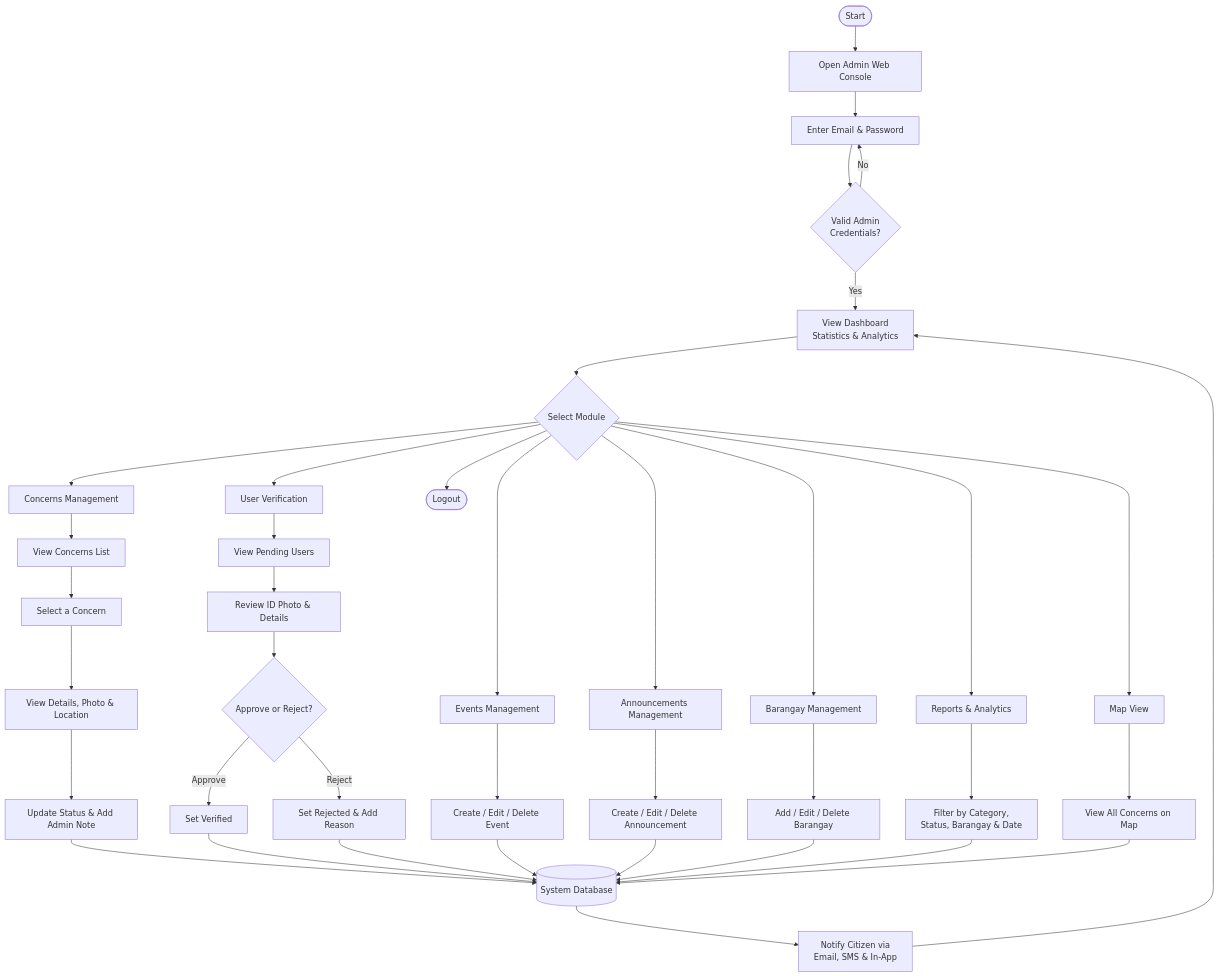
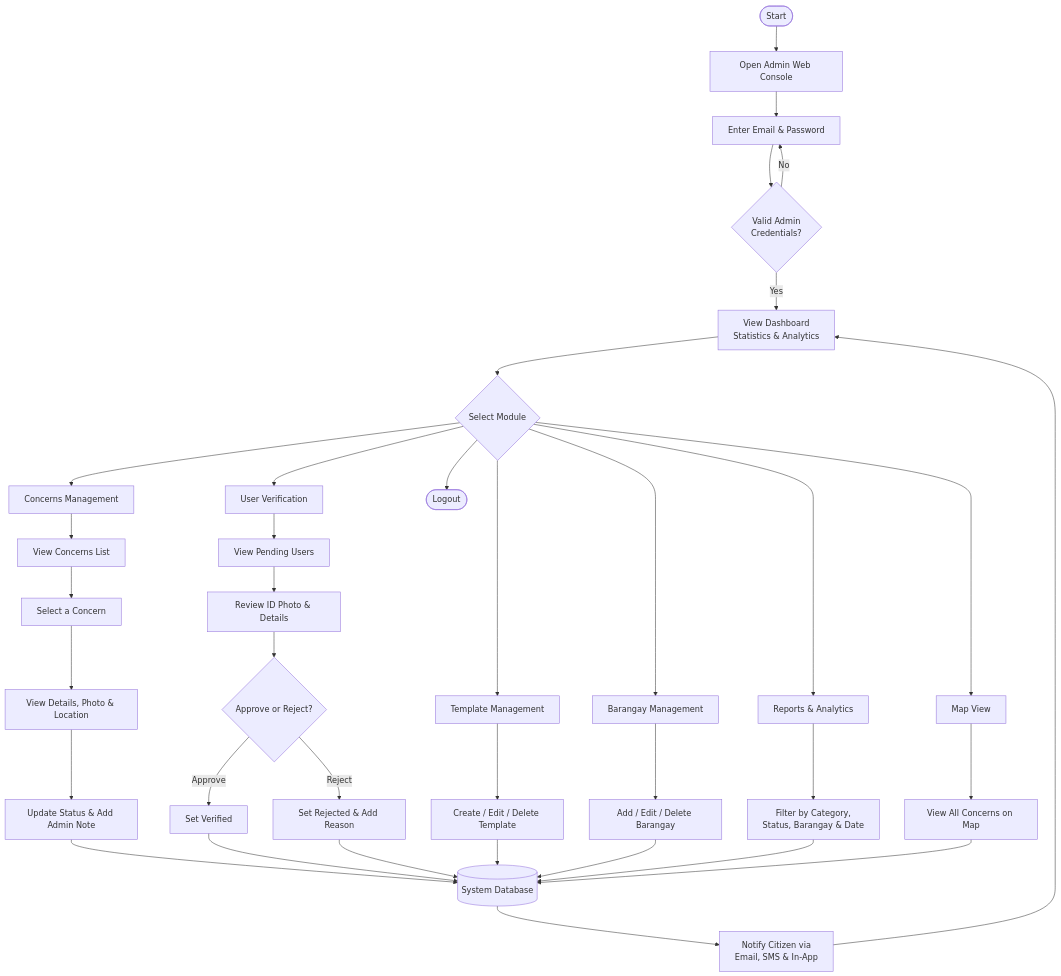
One commit to palingubaerwin029-ai/citivoice changed the ninth of 10 diagrams in diagrams.md. Above: the diagram before and after it, drawn with Mermaid. The commit also changed other lines of this file and 10 other files, not shown here.

Commit message:
feat: implement concern templates management and fix UI visibility issues in Light Mode

````diff
--- a/diagrams.md
+++ b/diagrams.md
@@ -381,50 +400,46 @@
 ```mermaid
 flowchart TD
     Start([Start]) --> OpenWeb[Open Admin Web Console]
     OpenWeb --> Login[Enter Email & Password]
     Login --> Auth{Valid Admin<br/>Credentials?}
     Auth -- No --> Login
     Auth -- Yes --> Dashboard[View Dashboard<br/>Statistics & Analytics]
 
     Dashboard --> Menu{Select Module}
 
     Menu --> Concerns[Concerns Management]
     Menu --> Verify[User Verification]
-    Menu --> Events[Events Management]
-    Menu --> Announce[Announcements Management]
+    Menu --> Templates[Template Management]
     Menu --> Barangays[Barangay Management]
     Menu --> Reports[Reports & Analytics]
     Menu --> MapView[Map View]
     Menu --> Logout([Logout])
 
     Concerns --> ViewList[View Concerns List]
     ViewList --> SelectConcern[Select a Concern]
     SelectConcern --> ViewDetail[View Details, Photo & Location]
     ViewDetail --> UpdateStatus[Update Status & Add Admin Note]
     UpdateStatus --> DB[(System Database)]
     DB --> NotifyCitizen[Notify Citizen via<br/>Email, SMS & In-App]
     NotifyCitizen --> Dashboard
 
     Verify --> ViewPending[View Pending Users]
     ViewPending --> ReviewID[Review ID Photo & Details]
     ReviewID --> Decision{Approve or Reject?}
     Decision -- Approve --> ApproveUser[Set Verified]
     Decision -- Reject --> RejectUser[Set Rejected & Add Reason]
     ApproveUser --> DB
     RejectUser --> DB
 
-    Events --> CRUDEvent[Create / Edit / Delete Event]
-    CRUDEvent --> DB
-
-    Announce --> CRUDAnnounce[Create / Edit / Delete Announcement]
-    CRUDAnnounce --> DB
+    Templates --> CRUDTemplate[Create / Edit / Delete Template]
+    CRUDTemplate --> DB
 
     Barangays --> CRUDBarangay[Add / Edit / Delete Barangay]
     CRUDBarangay --> DB
 
     Reports --> GenReport[Filter by Category,<br/>Status, Barangay & Date]
     GenReport --> DB
 
     MapView --> ViewMap[View All Concerns on Map]
     ViewMap --> DB
 ```
````
